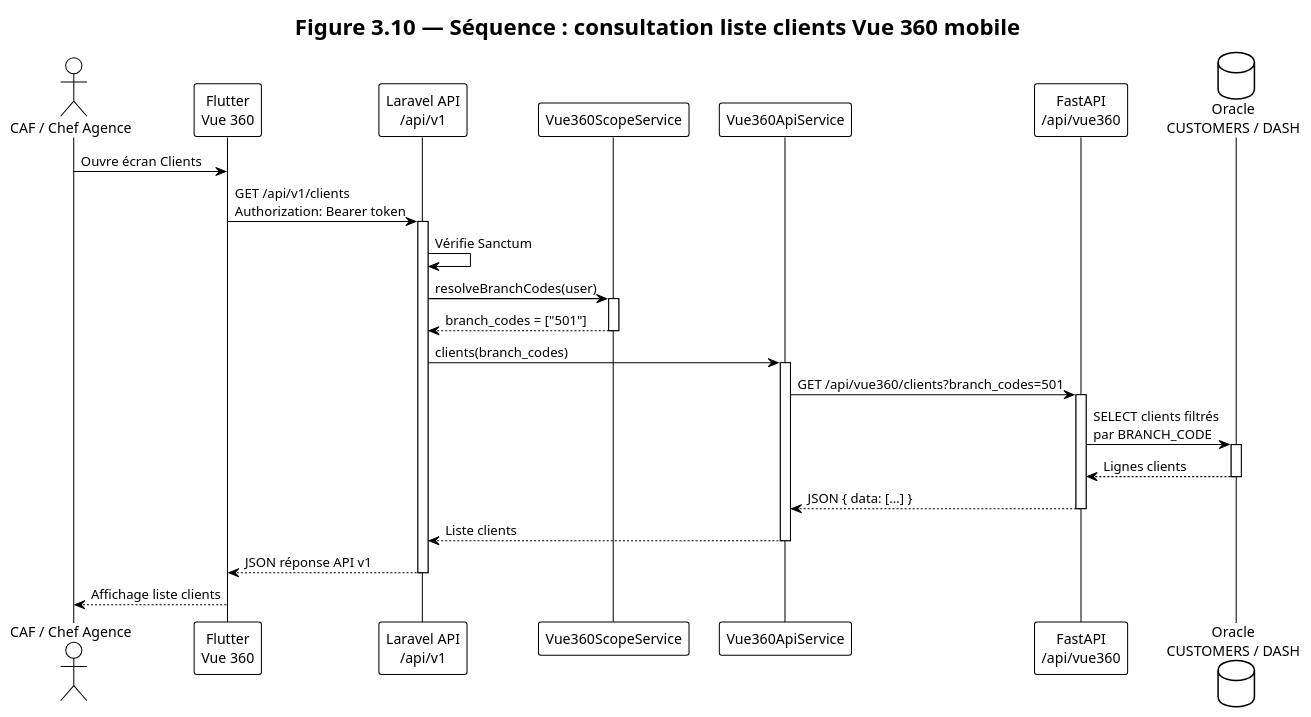
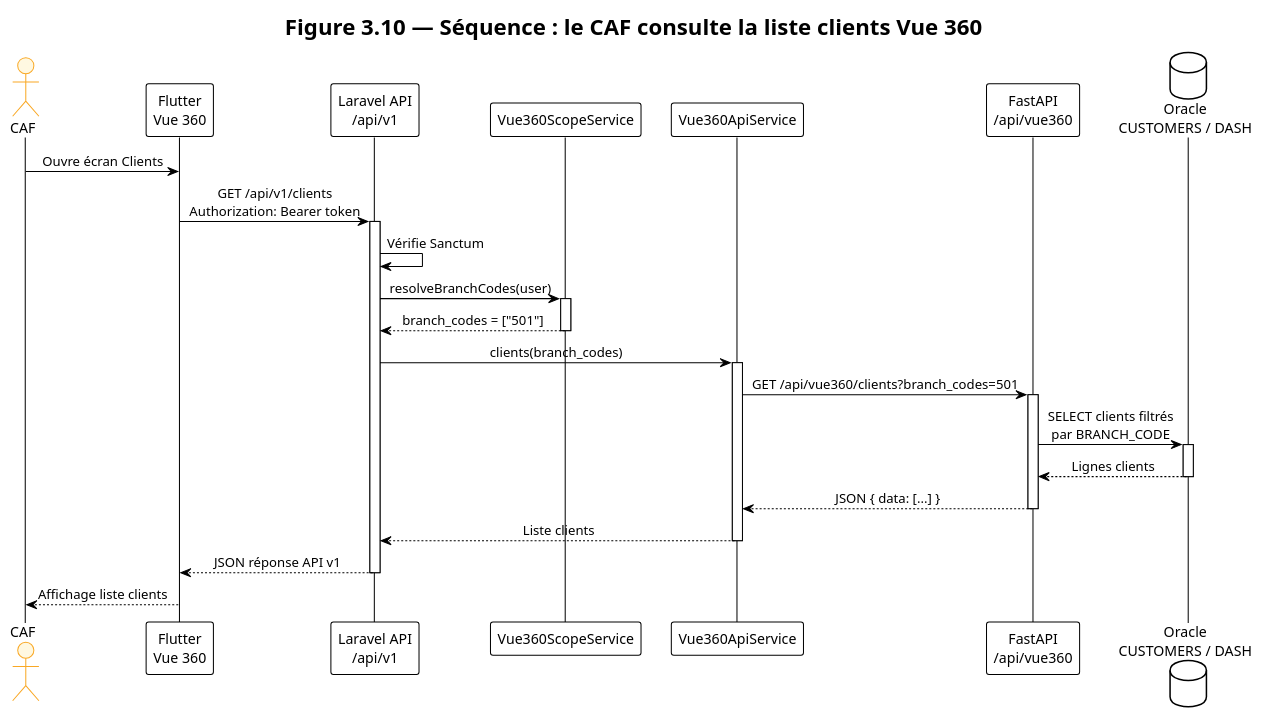
The diagram in docs/plantuml/10_sequence_vue360_clients.puml (Modou1ngom/cofidash), drawn with PlantUML before and after one commit. The commit also changed 39 other files, not shown here.

```diff
--- a/docs/plantuml/10_sequence_vue360_clients.puml
+++ b/docs/plantuml/10_sequence_vue360_clients.puml
@@ -1,40 +1,49 @@
 @startuml sequence_vue360_clients
 !theme plain
-title Figure 3.10 — Séquence : consultation liste clients Vue 360 mobile
-
 skinparam shadowing false
 skinparam defaultFontName Arial
+skinparam usecase {
+  BackgroundColor #E8F4FD
+  BorderColor #1565C0
+}
+skinparam actor {
+  BackgroundColor #FFF8E1
+  BorderColor #F9A825
+}
+skinparam sequenceMessageAlign center
+skinparam ActivityDiamondBackgroundColor #FFF8E1
+title Figure 3.10 — Séquence : le CAF consulte la liste clients Vue 360
 
-actor "CAF / Chef Agence" as U
+actor "CAF" as U
 participant "Flutter\nVue 360" as F
 participant "Laravel API\n/api/v1" as L
 participant "Vue360ScopeService" as S
 participant "Vue360ApiService" as A
 participant "FastAPI\n/api/vue360" as P
 database "Oracle\nCUSTOMERS / DASH" as ORA
 
 U -> F : Ouvre écran Clients
 F -> L : GET /api/v1/clients\nAuthorization: Bearer token
 activate L
 L -> L : Vérifie Sanctum
 L -> S : resolveBranchCodes(user)
 activate S
 S --> L : branch_codes = ["501"]
 deactivate S
 L -> A : clients(branch_codes)
 activate A
 A -> P : GET /api/vue360/clients?branch_codes=501
 activate P
 P -> ORA : SELECT clients filtrés\npar BRANCH_CODE
 activate ORA
 ORA --> P : Lignes clients
 deactivate ORA
 P --> A : JSON { data: [...] }
 deactivate P
 A --> L : Liste clients
 deactivate A
 L --> F : JSON réponse API v1
 deactivate L
 F --> U : Affichage liste clients
 
 @enduml
```
